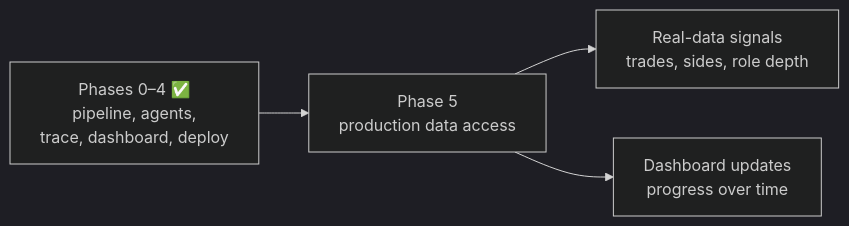
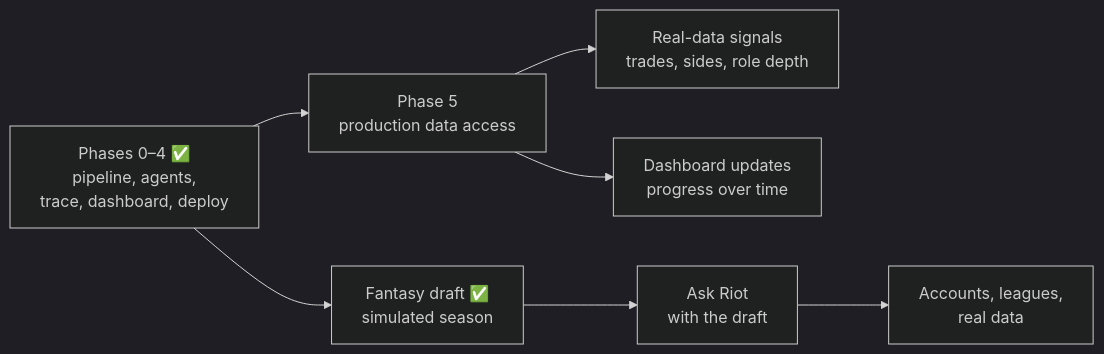
Before and after one commit to nakuljadeja08/valorant-copilot: the fourth of 4 diagrams in README.md, drawn with Mermaid (dark theme). The commit also changed other lines of this file, not shown here.

First line of the commit message:
README: document the Fantasy VALORANT draft

````diff
--- a/README.md
+++ b/README.md
@@ -369,6 +464,9 @@
 ```mermaid
 flowchart LR
     P0["Phases 0–4 ✅<br/>pipeline, agents,<br/>trace, dashboard, deploy"] --> P5["Phase 5<br/>production data access"]
     P5 --> P6["Real-data signals<br/>trades, sides, role depth"]
     P5 --> P7["Dashboard updates<br/>progress over time"]
+    P0 --> F["Fantasy draft ✅<br/>simulated season"]
+    F --> FA["Ask Riot<br/>with the draft"]
+    FA --> FL["Accounts, leagues,<br/>real data"]
 ```
````
